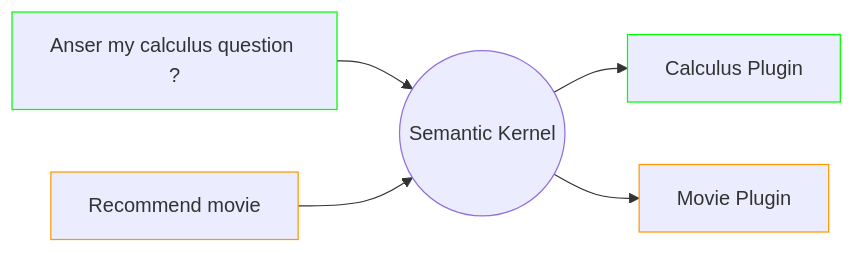
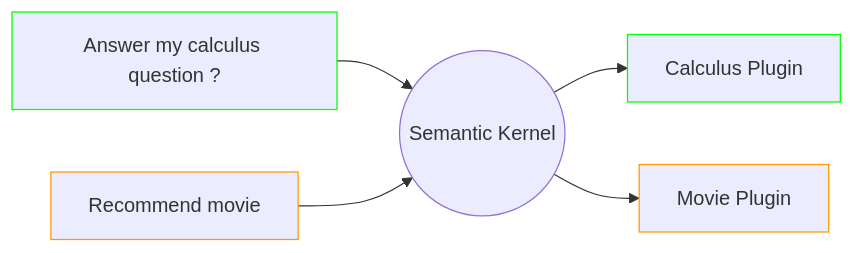
The first of 2 diagrams in _posts/2025-10-01-agent-building-sk-vs-promptflow.md (knatarasan/knatarasan.github.io), drawn with Mermaid before and after one commit. The commit also changed other lines of this file, not shown here.

```diff
--- a/_posts/2025-10-01-agent-building-sk-vs-promptflow.md
+++ b/_posts/2025-10-01-agent-building-sk-vs-promptflow.md
@@ -45,10 +45,10 @@
     <div class="mermaid">
     flowchart LR
-    cu[Anser my calculus question ?]:::cu --> sk((Semantic Kernel))
+    cu[Answer my calculus question ?]:::cu --> sk((Semantic Kernel))
     sk --> ca[Calculus Plugin]:::cu
     mu[Recommend movie]:::mu --> sk
     sk --> mo[Movie Plugin]:::mu
 
     classDef cu stroke:#0f0
     classDef mu stroke:#f90
     </div>
```
